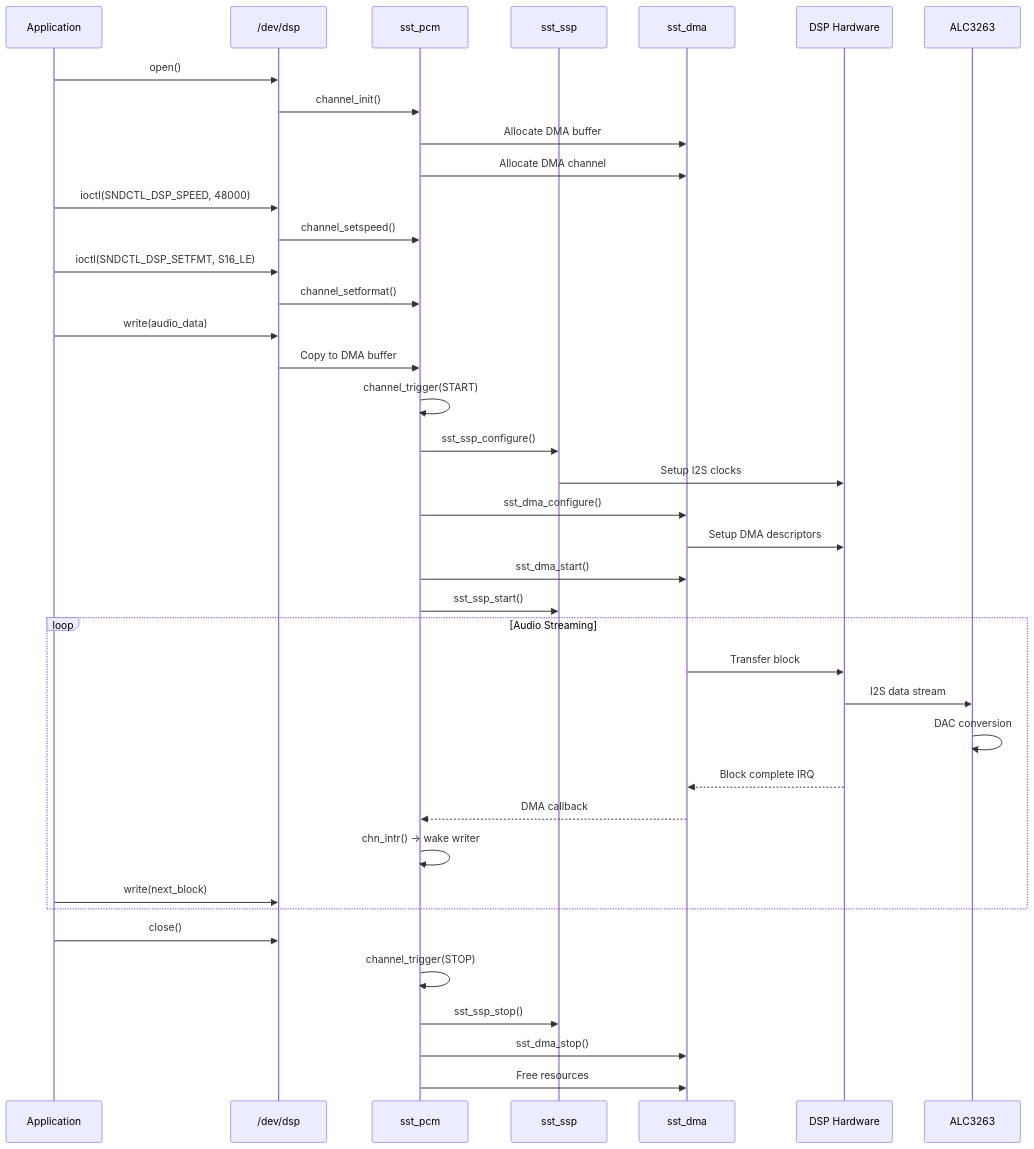
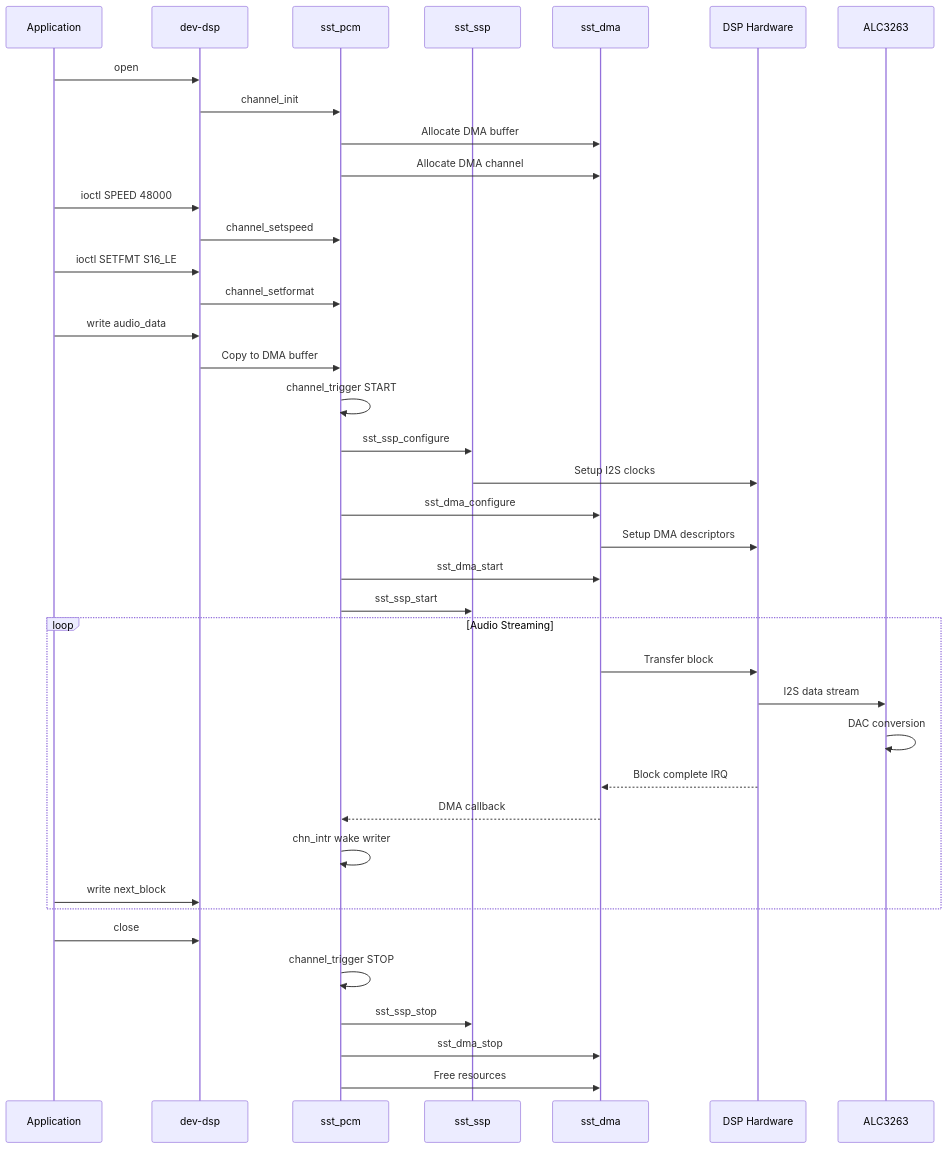
One commit to spagu/acpi_intel_sst changed the third of 5 diagrams in README.md. Above: the diagram before and after it, drawn with Mermaid. The commit also changed other lines of this file and 2 other files, not shown here.

Commit message:
docs: Improve README diagrams and firmware instructions; feat: Enhance PCI configuration initialization in driver.

````diff
--- a/README.md
+++ b/README.md
@@ -264,48 +264,48 @@
 ```mermaid
 sequenceDiagram
     participant APP as Application
-    participant DSP_DEV as /dev/dsp
+    participant DSP_DEV as dev-dsp
     participant PCM as sst_pcm
     participant SSP as sst_ssp
     participant DMA as sst_dma
     participant HW as DSP Hardware
     participant CODEC as ALC3263
 
-    APP->>DSP_DEV: open()
-    DSP_DEV->>PCM: channel_init()
+    APP->>DSP_DEV: open
+    DSP_DEV->>PCM: channel_init
     PCM->>DMA: Allocate DMA buffer
     PCM->>DMA: Allocate DMA channel
 
-    APP->>DSP_DEV: ioctl(SNDCTL_DSP_SPEED, 48000)
-    DSP_DEV->>PCM: channel_setspeed()
+    APP->>DSP_DEV: ioctl SPEED 48000
+    DSP_DEV->>PCM: channel_setspeed
 
-    APP->>DSP_DEV: ioctl(SNDCTL_DSP_SETFMT, S16_LE)
-    DSP_DEV->>PCM: channel_setformat()
+    APP->>DSP_DEV: ioctl SETFMT S16_LE
+    DSP_DEV->>PCM: channel_setformat
 
-    APP->>DSP_DEV: write(audio_data)
+    APP->>DSP_DEV: write audio_data
     DSP_DEV->>PCM: Copy to DMA buffer
 
-    PCM->>PCM: channel_trigger(START)
-    PCM->>SSP: sst_ssp_configure()
+    PCM->>PCM: channel_trigger START
+    PCM->>SSP: sst_ssp_configure
     SSP->>HW: Setup I2S clocks
-    PCM->>DMA: sst_dma_configure()
+    PCM->>DMA: sst_dma_configure
     DMA->>HW: Setup DMA descriptors
-    PCM->>DMA: sst_dma_start()
-    PCM->>SSP: sst_ssp_start()
+    PCM->>DMA: sst_dma_start
+    PCM->>SSP: sst_ssp_start
 
     loop Audio Streaming
         DMA->>HW: Transfer block
         HW->>CODEC: I2S data stream
         CODEC->>CODEC: DAC conversion
         HW-->>DMA: Block complete IRQ
         DMA-->>PCM: DMA callback
-        PCM->>PCM: chn_intr() → wake writer
-        APP->>DSP_DEV: write(next_block)
+        PCM->>PCM: chn_intr wake writer
+        APP->>DSP_DEV: write next_block
     end
 
-    APP->>DSP_DEV: close()
-    PCM->>PCM: channel_trigger(STOP)
-    PCM->>SSP: sst_ssp_stop()
-    PCM->>DMA: sst_dma_stop()
+    APP->>DSP_DEV: close
+    PCM->>PCM: channel_trigger STOP
+    PCM->>SSP: sst_ssp_stop
+    PCM->>DMA: sst_dma_stop
     PCM->>DMA: Free resources
 ```
````
